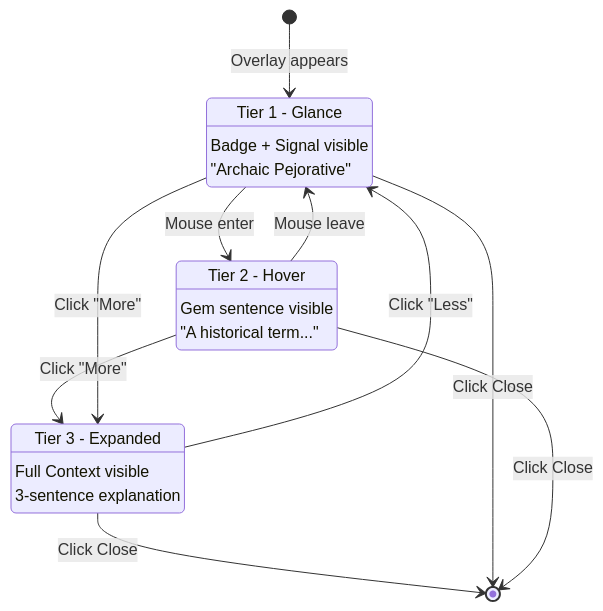
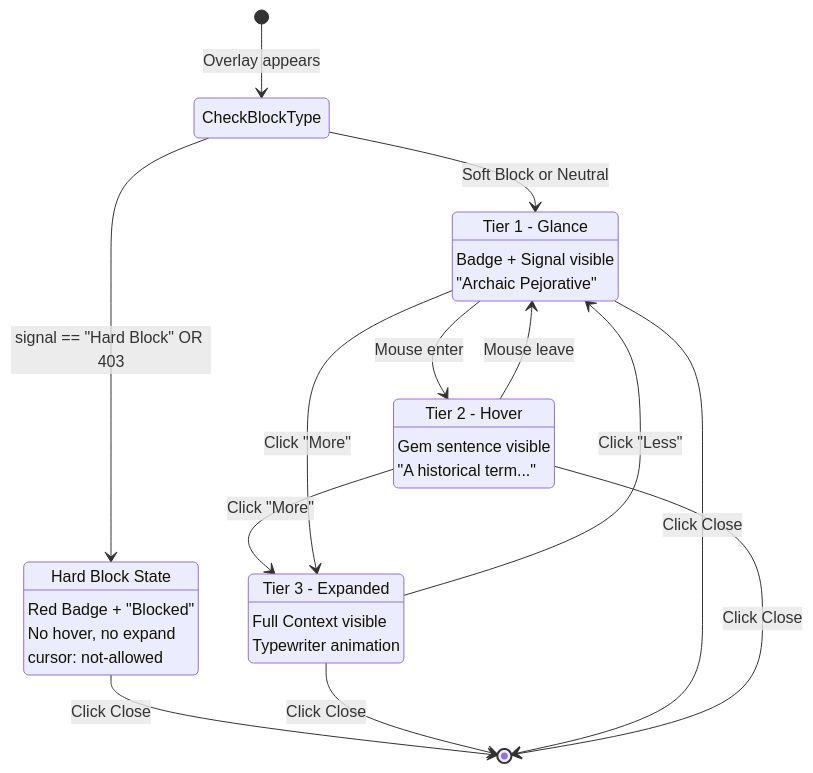
Before and after one commit to martymcenroe/Aletheia: the diagram in docs/1125-museum-label-ui.md, drawn with Mermaid. The commit also changed other lines of this file, not shown here.

First line of the commit message:
docs: revise LLD 1125 per architect review (ref #125)

````diff
--- a/docs/1125-museum-label-ui.md
+++ b/docs/1125-museum-label-ui.md
@@ -69,25 +75,34 @@
 ```mermaid
 stateDiagram-v2
-    [*] --> Glance: Overlay appears
+    [*] --> CheckBlockType: Overlay appears
+
+    CheckBlockType --> HardBlocked: signal == "Hard Block" OR 403
+    CheckBlockType --> Glance: Soft Block or Neutral
+
+    HardBlocked: Hard Block State
+    HardBlocked: Red Badge + "Blocked"
+    HardBlocked: No hover, no expand
+    HardBlocked: cursor: not-allowed
+    HardBlocked --> [*]: Click Close
 
     Glance: Tier 1 - Glance
     Glance: Badge + Signal visible
     Glance: "Archaic Pejorative"
 
     Hover: Tier 2 - Hover
     Hover: Gem sentence visible
     Hover: "A historical term..."
 
     Expanded: Tier 3 - Expanded
     Expanded: Full Context visible
-    Expanded: 3-sentence explanation
+    Expanded: Typewriter animation
 
     Glance --> Hover: Mouse enter
     Hover --> Glance: Mouse leave
     Hover --> Expanded: Click "More"
     Glance --> Expanded: Click "More"
     Expanded --> Glance: Click "Less"
     Expanded --> [*]: Click Close
     Glance --> [*]: Click Close
     Hover --> [*]: Click Close
 ```
````
